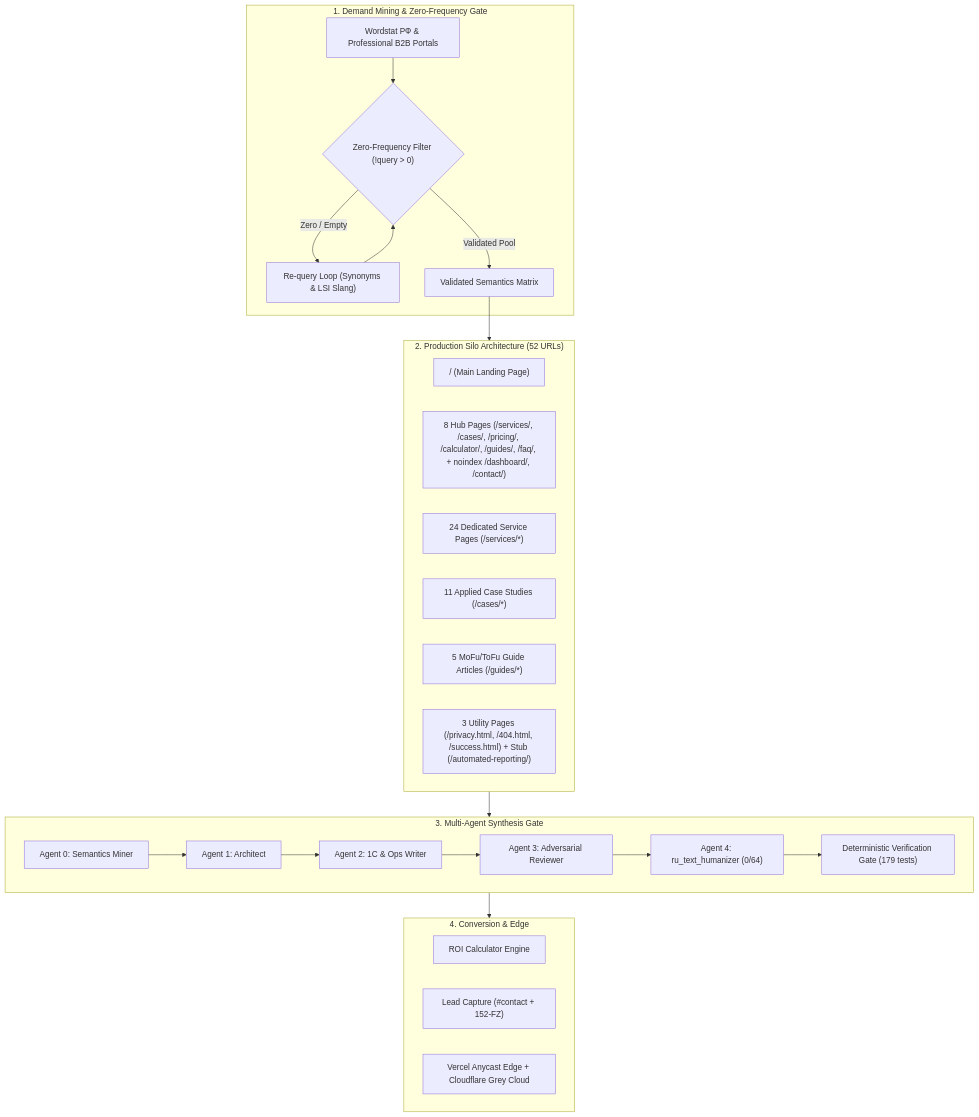
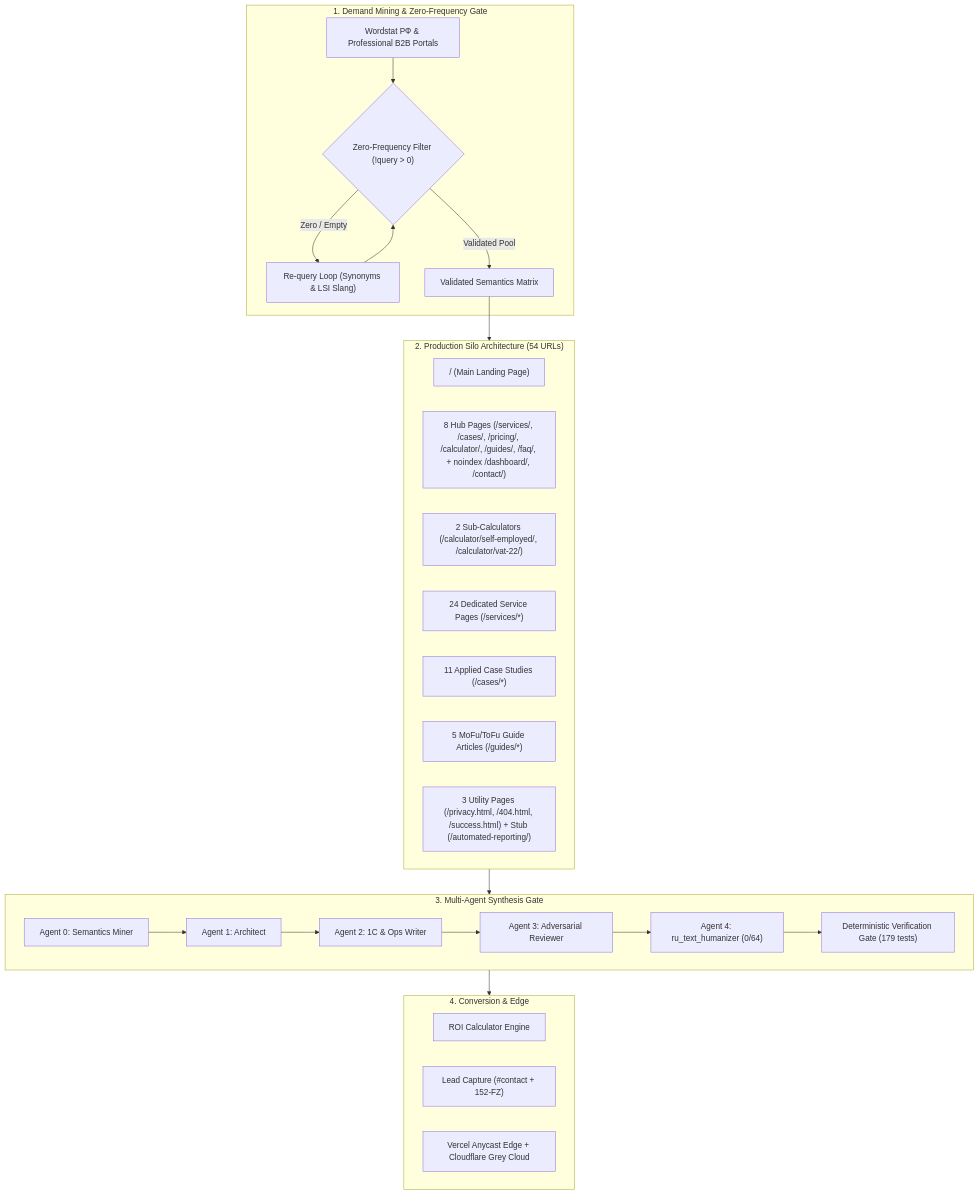
One commit to Vlad-Voro/ai-avtopilot changed the first of 2 diagrams in Spec_content_ai_avtopilot.md. Above: the diagram before and after it, drawn with Mermaid. The commit also changed other lines of this file and 4 other files, not shown here.

````diff
--- a/Spec_content_ai_avtopilot.md
+++ b/Spec_content_ai_avtopilot.md
@@ -12,34 +12,35 @@
 ```mermaid
 flowchart TD
     subgraph Sourcing ["1. Demand Mining & Zero-Frequency Gate"]
         W["Wordstat РФ & Professional B2B Portals"] --> Val{"Zero-Frequency Filter (!query > 0)"}
         Val -- "Zero / Empty" --> ReQ["Re-query Loop (Synonyms & LSI Slang)"]
         ReQ --> Val
         Val -- "Validated Pool" --> Brief["Validated Semantics Matrix"]
     end
 
-    subgraph Architecture ["2. Production Silo Architecture (52 URLs)"]
+    subgraph Architecture ["2. Production Silo Architecture (54 URLs)"]
         Root["/ (Main Landing Page)"]
         Hubs["8 Hub Pages (/services/, /cases/, /pricing/, /calculator/, /guides/, /faq/, + noindex /dashboard/, /contact/)"]
+        SubCalc["2 Sub-Calculators (/calculator/self-employed/, /calculator/vat-22/)"]
         T1["24 Dedicated Service Pages (/services/*)"]
         T3["11 Applied Case Studies (/cases/*)"]
         G1["5 MoFu/ToFu Guide Articles (/guides/*)"]
         Util["3 Utility Pages (/privacy.html, /404.html, /success.html) + Stub (/automated-reporting/)"]
     end
 
     subgraph Pipeline ["3. Multi-Agent Synthesis Gate"]
         Miner["Agent 0: Semantics Miner"] --> Arch["Agent 1: Architect"]
         Arch --> Writer["Agent 2: 1C & Ops Writer"]
         Writer --> Critic["Agent 3: Adversarial Reviewer"]
         Critic --> Humanizer["Agent 4: ru_text_humanizer (0/64)"]
         Humanizer --> Gate["Deterministic Verification Gate (179 tests)"]
     end
 
     subgraph Conversion ["4. Conversion & Edge"]
         Calc["ROI Calculator Engine"]
         Form["Lead Capture (#contact + 152-FZ)"]
         Edge["Vercel Anycast Edge + Cloudflare Grey Cloud"]
     end
 
     Brief --> Architecture --> Pipeline --> Conversion
 ```
````
